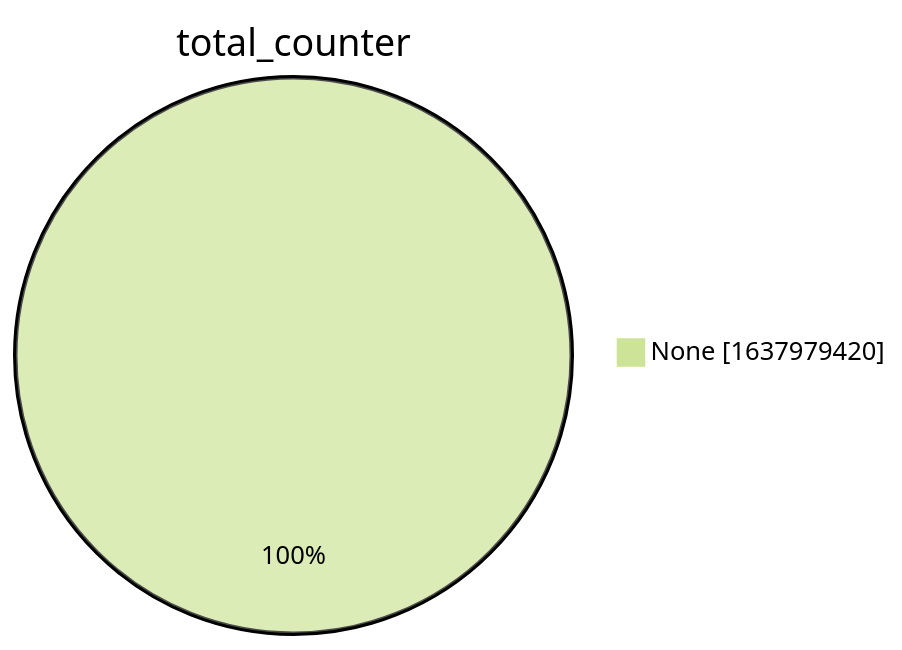
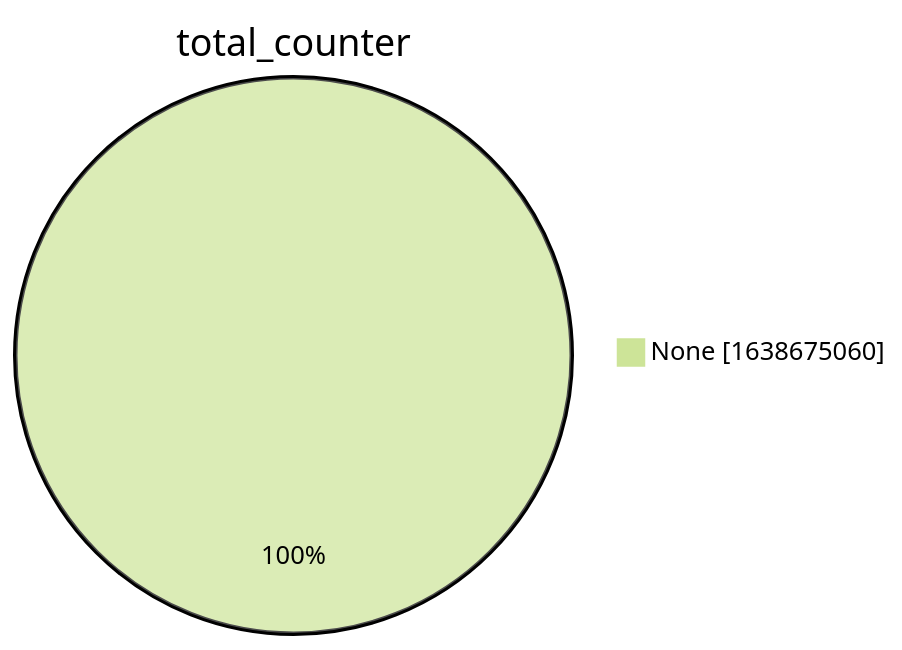
One commit to christiankrug/ctmonitor_visualization changed the second of 15 diagrams in xenon2022/README.md. Above: the diagram before and after it, drawn with Mermaid (forest theme). The commit also changed other lines of this file, not shown here.

````diff
--- a/xenon2022/README.md
+++ b/xenon2022/README.md
@@ -9,5 +9,5 @@
 ```mermaid
 pie showData
 title total_counter
-"None" :1637979420
+"None" :1638675060
 ```
````
